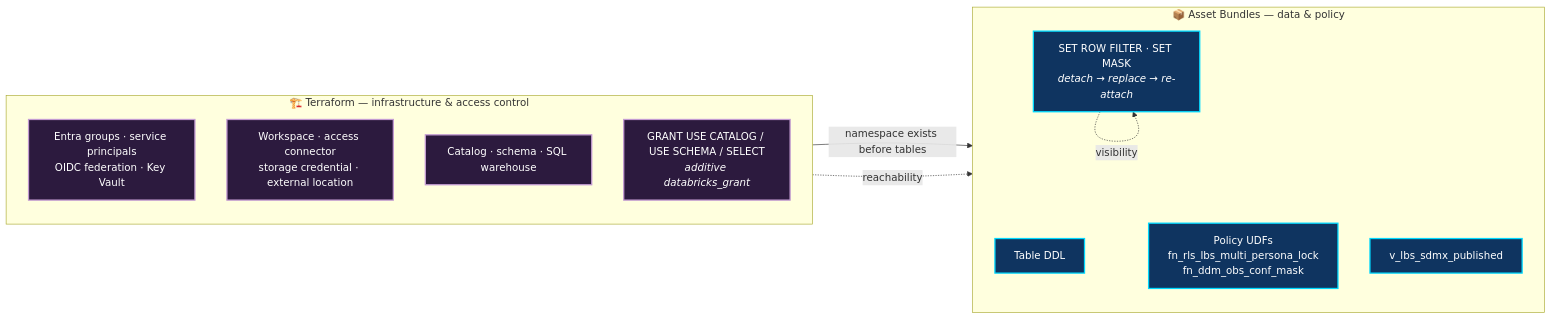
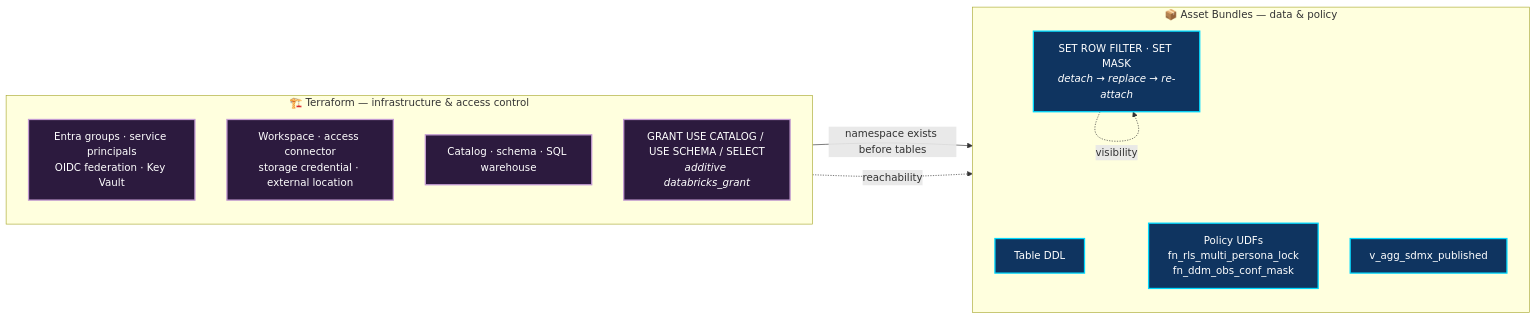
One commit to botlhale/sovereign-shield changed the second of 5 diagrams in docs/ARCHITECTURE_DIAGRAMS.md. Above: the diagram before and after it, drawn with Mermaid. The commit also changed other lines of this file and 40 other files, not shown here.

````diff
--- a/docs/ARCHITECTURE_DIAGRAMS.md
+++ b/docs/ARCHITECTURE_DIAGRAMS.md
@@ -153,27 +153,27 @@
 ```mermaid
 flowchart LR
     subgraph TF["🏗️ Terraform — infrastructure & access control"]
         direction TB
         TF1["Entra groups · service principals<br/>OIDC federation · Key Vault"]
         TF2["Workspace · access connector<br/>storage credential · external location"]
         TF3["Catalog · schema · SQL warehouse"]
         TF4["GRANT USE CATALOG / USE SCHEMA / SELECT<br/><i>additive databricks_grant</i>"]
     end
 
     subgraph DABS["📦 Asset Bundles — data & policy"]
         direction TB
         DB1["Table DDL"]
-        DB2["Policy UDFs<br/>fn_rls_lbs_multi_persona_lock<br/>fn_ddm_obs_conf_mask"]
+        DB2["Policy UDFs<br/>fn_rls_multi_persona_lock<br/>fn_ddm_obs_conf_mask"]
         DB3["SET ROW FILTER · SET MASK<br/><i>detach → replace → re-attach</i>"]
-        DB4["v_lbs_sdmx_published"]
+        DB4["v_agg_sdmx_published"]
     end
 
     TF3 -->|"namespace exists before tables"| DB1
     TF4 -.->|"reachability"| DB3
     DB3 -.->|"visibility"| DB3
 
     classDef tf fill:#2c1a3e,stroke:#c39bd3,stroke-width:2px,color:#fff
     classDef db fill:#0f3460,stroke:#00d9ff,stroke-width:2px,color:#fff
     class TF1,TF2,TF3,TF4 tf
     class DB1,DB2,DB3,DB4 db
 ```
````
